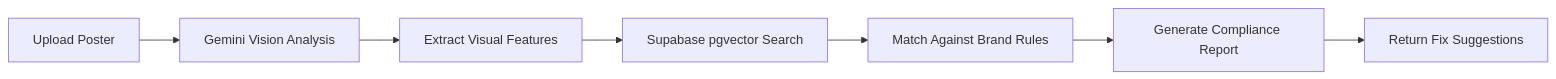
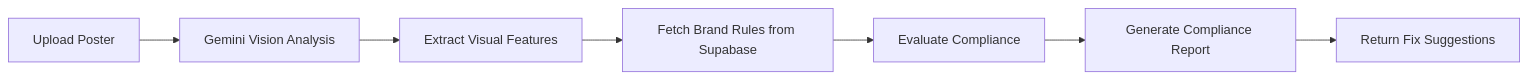
One commit to Mokshith1817/Poster-Review-Agent changed the diagram in README.md. Above: the diagram before and after it, drawn with Mermaid. The commit also changed other lines of this file, not shown here.

````diff
--- a/README.md
+++ b/README.md
@@ -39,9 +39,9 @@
 ```mermaid
 graph LR
     A[Upload Poster] --> B[Gemini Vision Analysis]
     B --> C[Extract Visual Features]
-    C --> D[Supabase pgvector Search]
-    D --> E[Match Against Brand Rules]
+    C --> D[Fetch Brand Rules from Supabase]
+    D --> E[Evaluate Compliance]
     E --> F[Generate Compliance Report]
     F --> G[Return Fix Suggestions]
 ```
````
